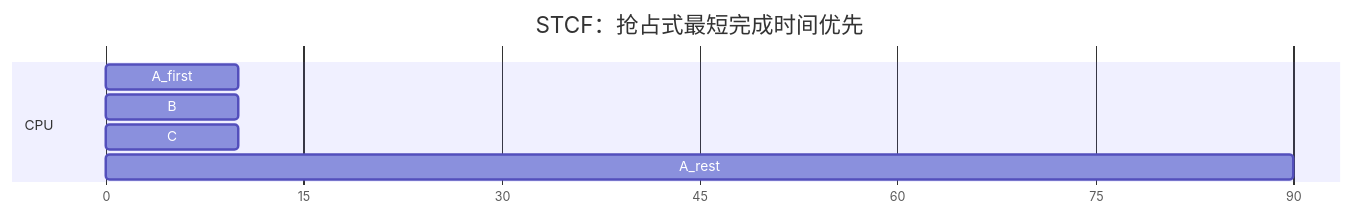
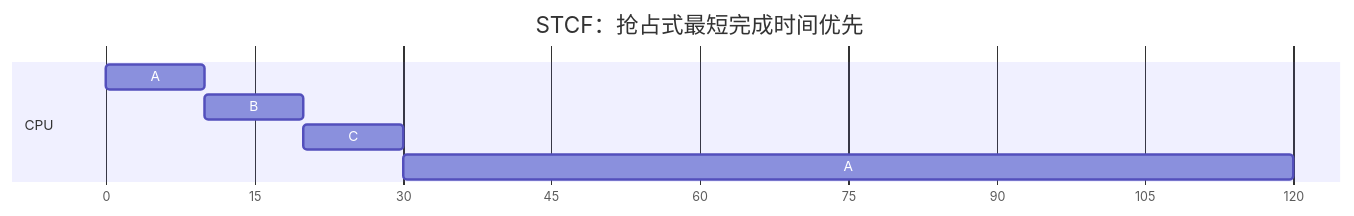
The fifth of 12 diagrams in src/content/posts/CPU虚拟化.md (Meer-Matze/Meer-Matze.github.io), drawn with Mermaid before and after one commit. The commit also changed other lines of this file, not shown here.

````diff
--- a/src/content/posts/CPU虚拟化.md
+++ b/src/content/posts/CPU虚拟化.md
@@ -390,11 +375,11 @@
 ```mermaid
 gantt
     title STCF：抢占式最短完成时间优先
     dateFormat X
     axisFormat %s
     section CPU
-    A_first :a1, 0, 10
-    B :b1, 10, 10
-    C :c1, 20, 10
-    A_rest :a2, 30, 90
+    A :a1, 0, 10s
+    B :20
+    C :30
+    A :120
 ```
````
